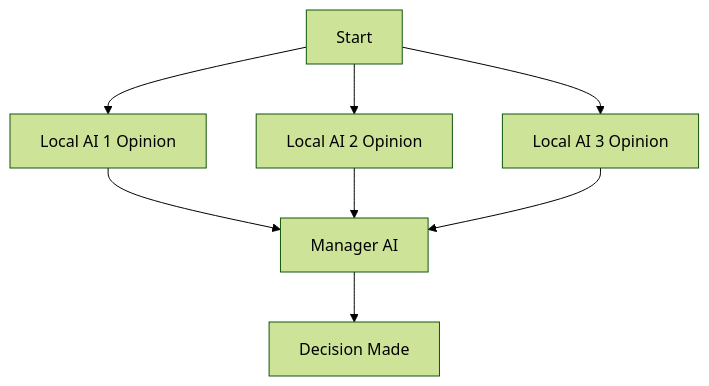
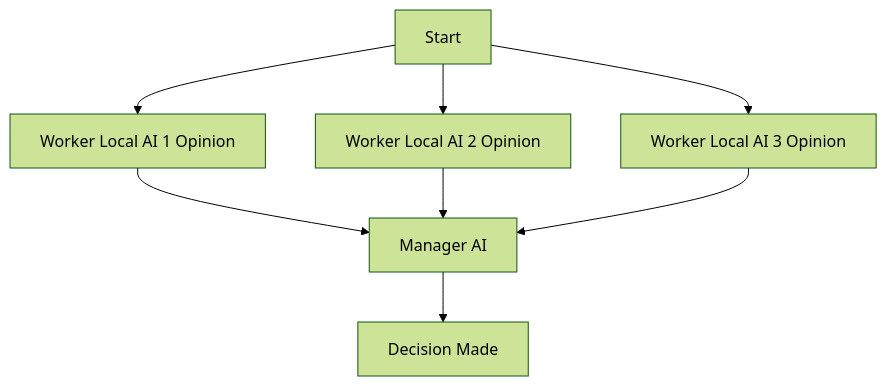
The diagram in README.md (ruanjunmin/multi-ai-advisor-mcp), drawn with Mermaid (forest theme) before and after one commit.

````diff
--- a/README.md
+++ b/README.md
@@ -8,10 +8,10 @@
 ```mermaid
 graph TD
-    A[Start] --> B[Local AI 1 Opinion]
-    A --> C[Local AI 2 Opinion]
-    A --> D[Local AI 3 Opinion]
+    A[Start] --> B[Worker Local AI 1 Opinion]
+    A --> C[Worker Local AI 2 Opinion]
+    A --> D[Worker Local AI 3 Opinion]
     B --> E[Manager AI]
     C --> E
     D --> E
     E --> F[Decision Made]
 ```
````
